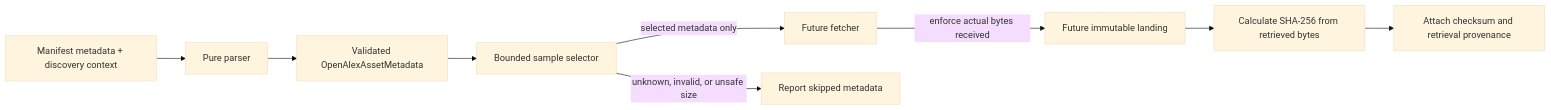
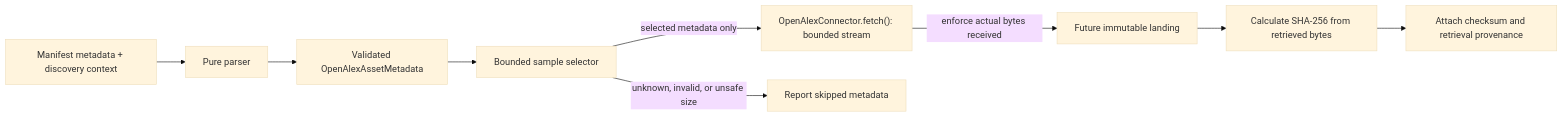
The diagram in docs/architecture/openalex-manifest-contract.md (agilandeenadhayalan41/research-intelligence-data-platform), drawn with Mermaid (base theme) before and after one commit. The commit also changed other lines of this file and 5 other files, not shown here.

Commit message:
Document and verify bounded OpenAlex access

````diff
--- a/docs/architecture/openalex-manifest-contract.md
+++ b/docs/architecture/openalex-manifest-contract.md
@@ -197,11 +230,11 @@
 ```mermaid
 flowchart LR
     Manifest["Manifest metadata + discovery context"] --> Parser["Pure parser"]
     Parser --> Asset["Validated OpenAlexAssetMetadata"]
     Asset --> Selector["Bounded sample selector"]
-    Selector -->|"selected metadata only"| Fetcher["Future fetcher"]
+    Selector -->|"selected metadata only"| Fetcher["OpenAlexConnector.fetch(): bounded stream"]
     Fetcher -->|"enforce actual bytes received"| Landing["Future immutable landing"]
     Selector -->|"unknown, invalid, or unsafe size"| Exclude["Report skipped metadata"]
     Landing --> Checksum["Calculate SHA-256 from retrieved bytes"]
     Checksum --> Provenance["Attach checksum and retrieval provenance"]
 ```
````
